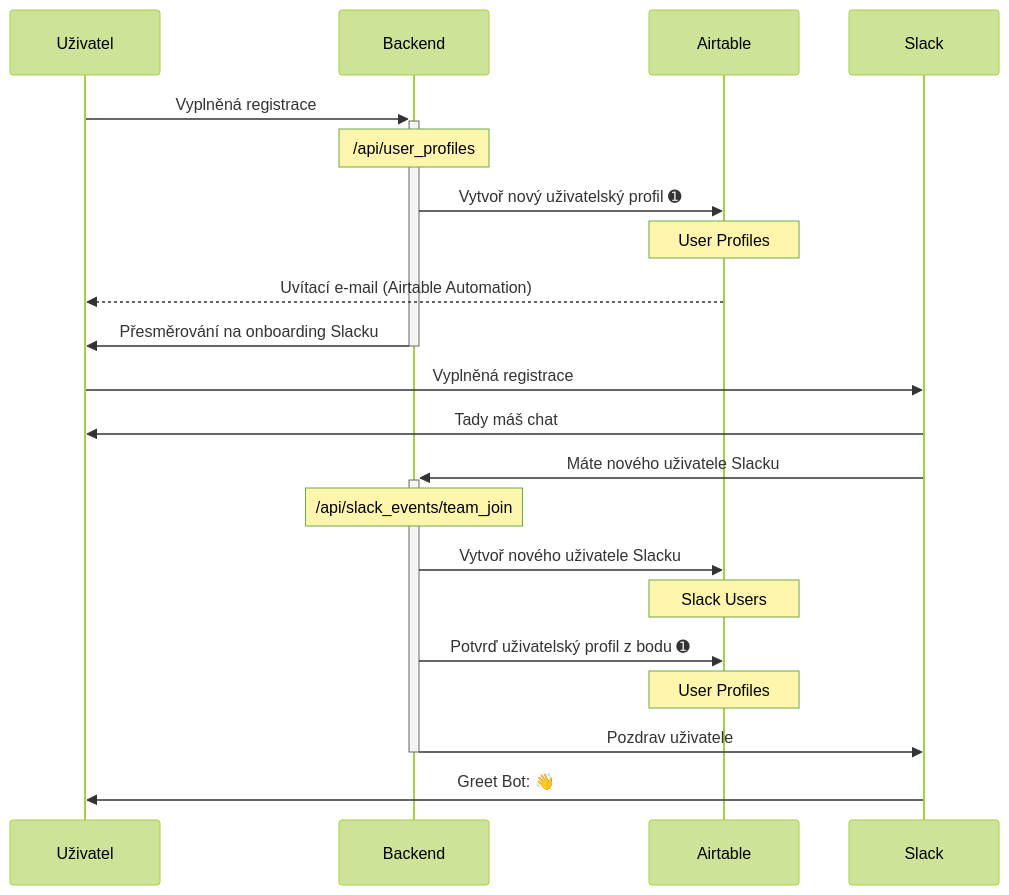
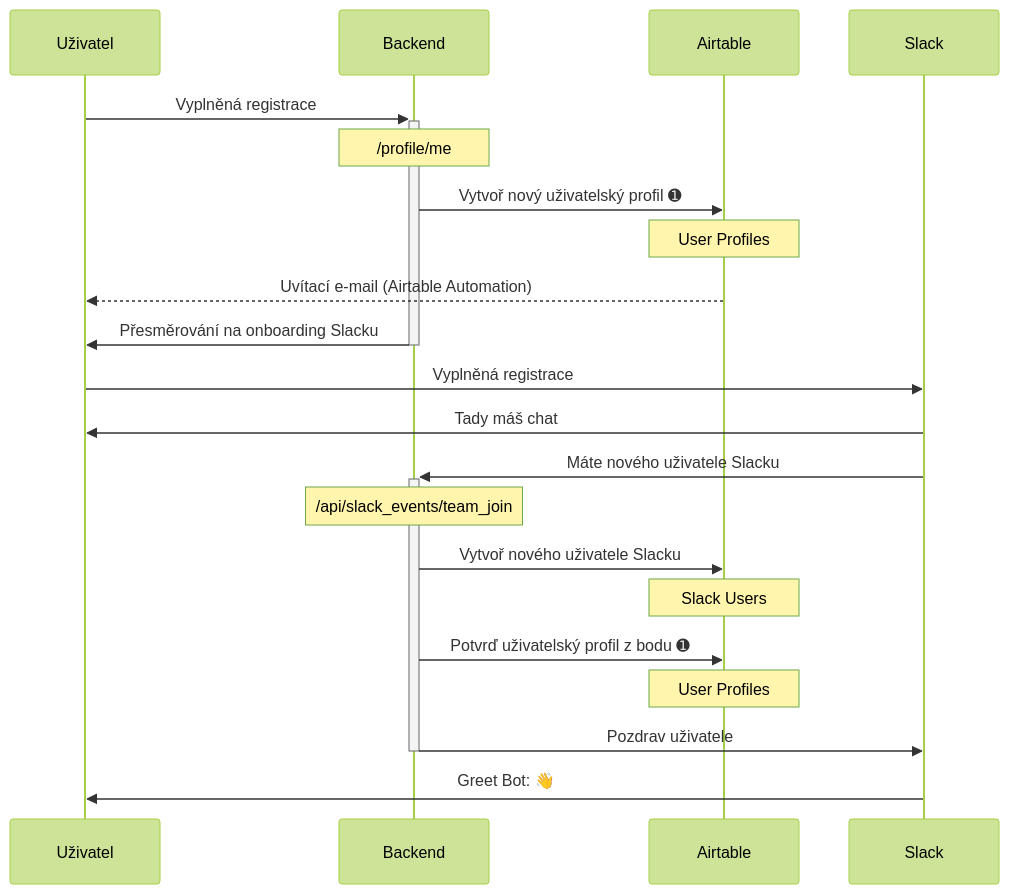
The diagram in doc/spec.md (cesko-digital/app), drawn with Mermaid (forest theme) before and after one commit. The commit also changed 3 other files, not shown here.

````diff
--- a/doc/spec.md
+++ b/doc/spec.md
@@ -49,23 +49,23 @@
 ```mermaid
 sequenceDiagram
     participant Uživatel
     participant Backend
     participant Airtable
     participant Slack
     Uživatel->>+Backend: Vyplněná registrace
-    Note over Backend: /api/user_profiles
+    Note over Backend: /profile/me
     Backend->>Airtable: Vytvoř nový uživatelský profil ➊
     Note over Airtable: User Profiles
     Airtable-->>Uživatel: Uvítací e-mail (Airtable Automation)
     Backend->>-Uživatel: Přesměrování na onboarding Slacku
     Uživatel->>Slack: Vyplněná registrace
     Slack->>Uživatel: Tady máš chat
     Slack->>+Backend: Máte nového uživatele Slacku
     Note over Backend: /api/slack_events/team_join
     Backend->>Airtable: Vytvoř nového uživatele Slacku
     Note over Airtable: Slack Users
     Backend->>Airtable: Potvrď uživatelský profil z bodu ➊
     Note over Airtable: User Profiles
     Backend->>-Slack: Pozdrav uživatele
     Slack->>Uživatel: Greet Bot: 👋
 ```
````
